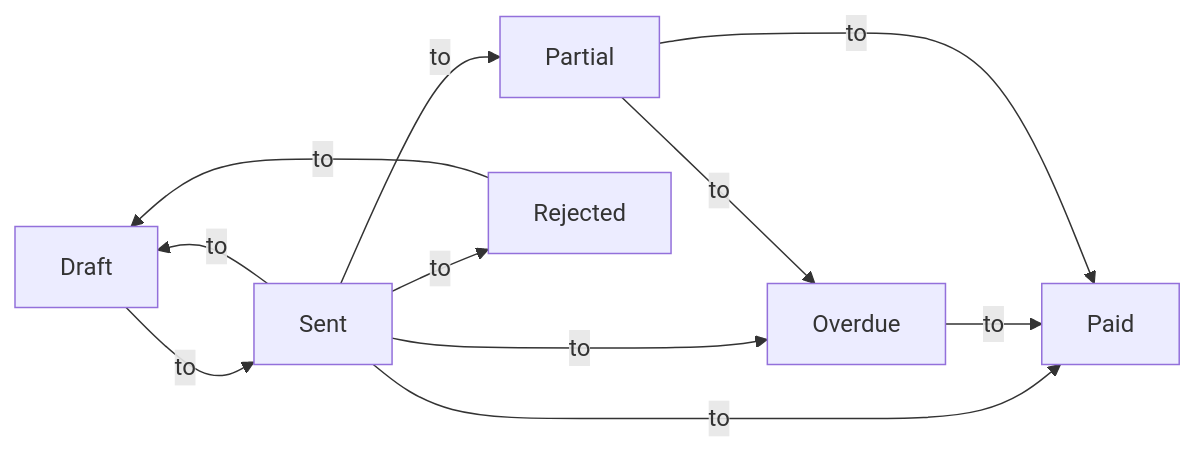
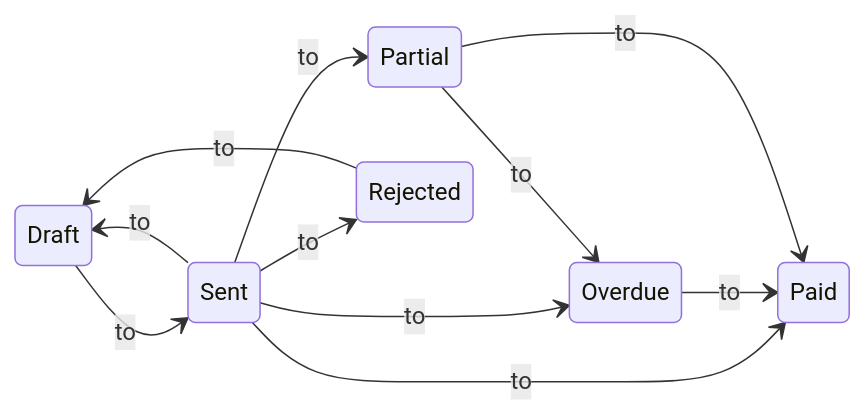
One commit to fiskl-accounting/help-docs changed the diagram in docs/Core-Features/Invoicing/creating-invoices.md. Above: the diagram before and after it, drawn with Mermaid. The commit also changed 13 other files, not shown here.

````diff
--- a/docs/Core-Features/Invoicing/creating-invoices.md
+++ b/docs/Core-Features/Invoicing/creating-invoices.md
@@ -107,13 +107,14 @@
 ```mermaid
-graph LR
-    Draft -->| to | Sent
-    Sent -->| to | Draft
-    Sent -->| to | Overdue
-    Sent -->| to | Paid
-    Sent -->| to | Partial
-    Sent -->| to | Rejected
-    Overdue -->| to | Paid
-    Rejected -->| to | Draft
-    Partial -->| to | Paid
-    Partial -->| to | Overdue
+stateDiagram-v2
+    direction LR
+    Draft --> Sent: to
+    Sent --> Draft: to
+    Sent --> Overdue: to
+    Sent --> Paid: to
+    Sent --> Partial: to
+    Sent --> Rejected: to
+    Overdue --> Paid: to
+    Rejected --> Draft: to
+    Partial --> Paid: to
+    Partial --> Overdue: to
 ```
````
